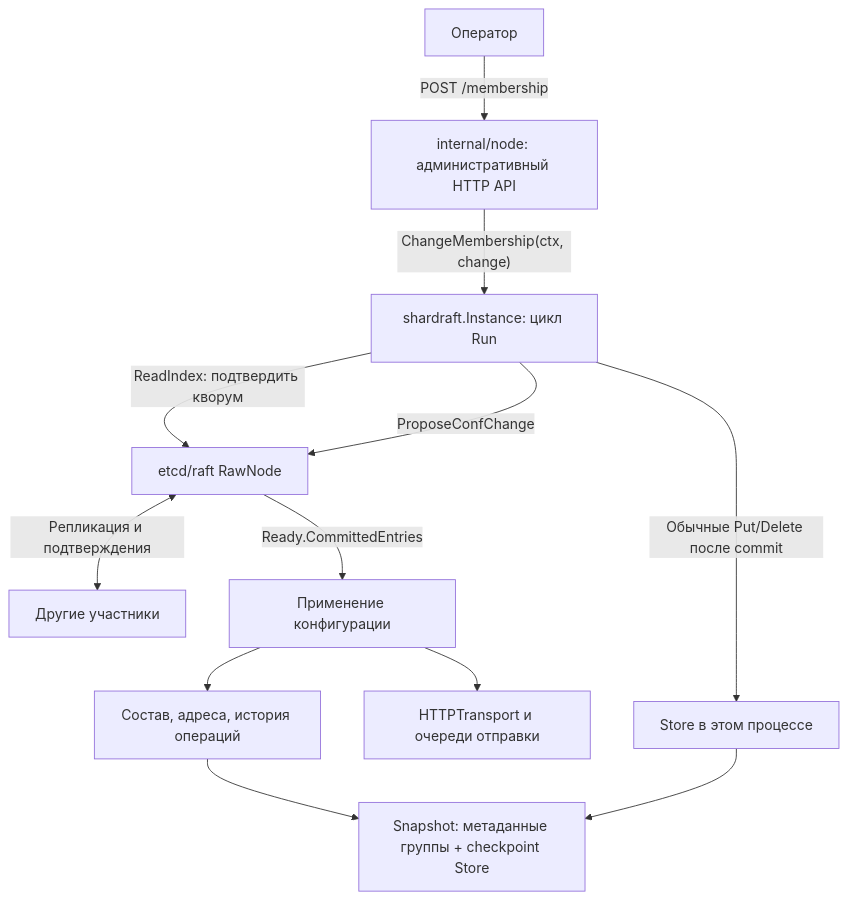
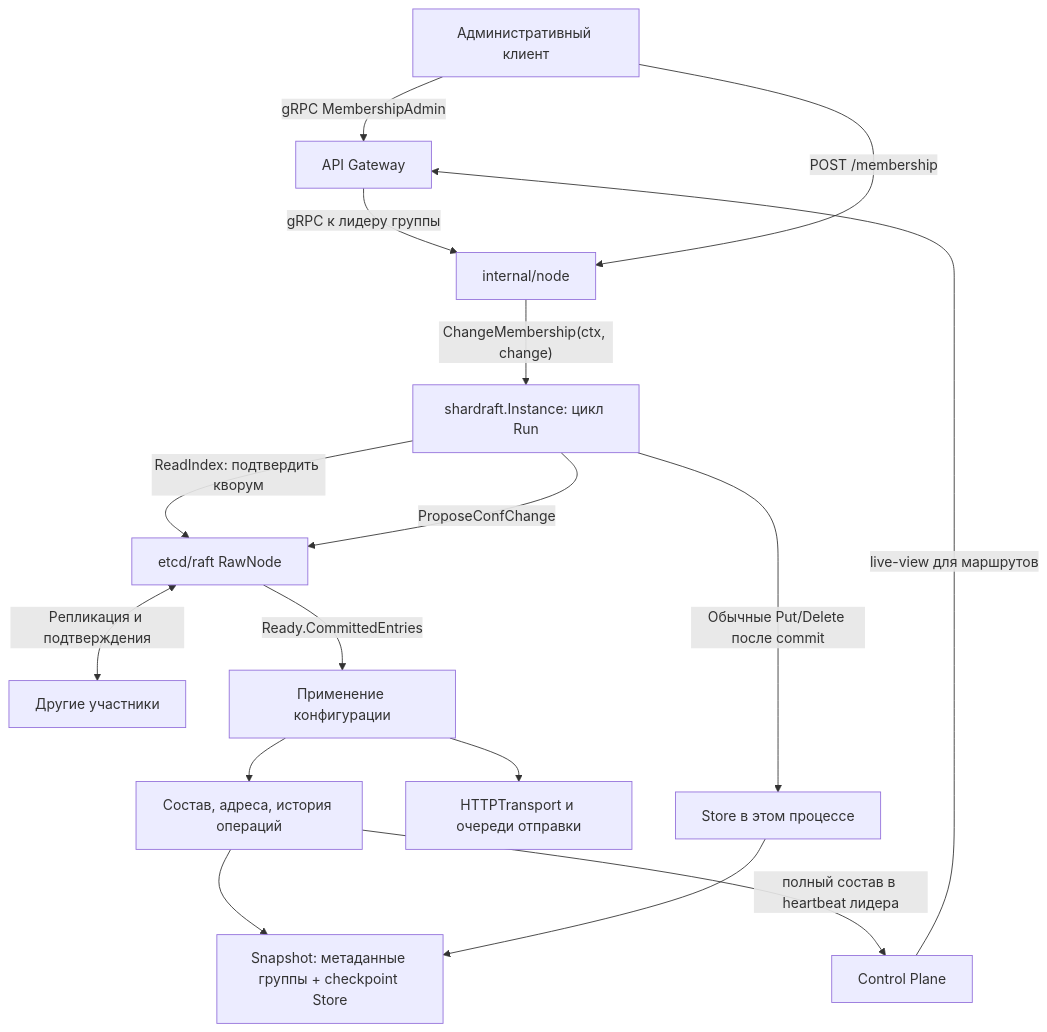
The fifth of 6 diagrams in docs/shardraft.md (OraCache/OraCache), drawn with Mermaid before and after one commit. The commit also changed other lines of this file and 3 other files, not shown here.

````diff
--- a/docs/shardraft.md
+++ b/docs/shardraft.md
@@ -446,14 +447,18 @@
 ```mermaid
 flowchart TD
-    O["Оператор"] -->|"POST /membership"| App["internal/node: административный HTTP API"]
+    O["Административный клиент"] -->|"gRPC MembershipAdmin"| G["API Gateway"]
+    G -->|"gRPC к лидеру группы"| App["internal/node"]
+    O -->|"POST /membership"| App
     App -->|"ChangeMembership(ctx, change)"| I["shardraft.Instance: цикл Run"]
     I -->|"ReadIndex: подтвердить кворум"| R["etcd/raft RawNode"]
     I -->|"ProposeConfChange"| R
     R <-->|"Репликация и подтверждения"| P["Другие участники"]
     R -->|"Ready.CommittedEntries"| A["Применение конфигурации"]
     A --> M["Состав, адреса, история операций"]
     A --> T["HTTPTransport и очереди отправки"]
     I -->|"Обычные Put/Delete после commit"| S["Store в этом процессе"]
     M --> C["Snapshot: метаданные группы + checkpoint Store"]
+    M -->|"полный состав в heartbeat лидера"| CP["Control Plane"]
+    CP -->|"live-view для маршрутов"| G
     S --> C
 ```
````
